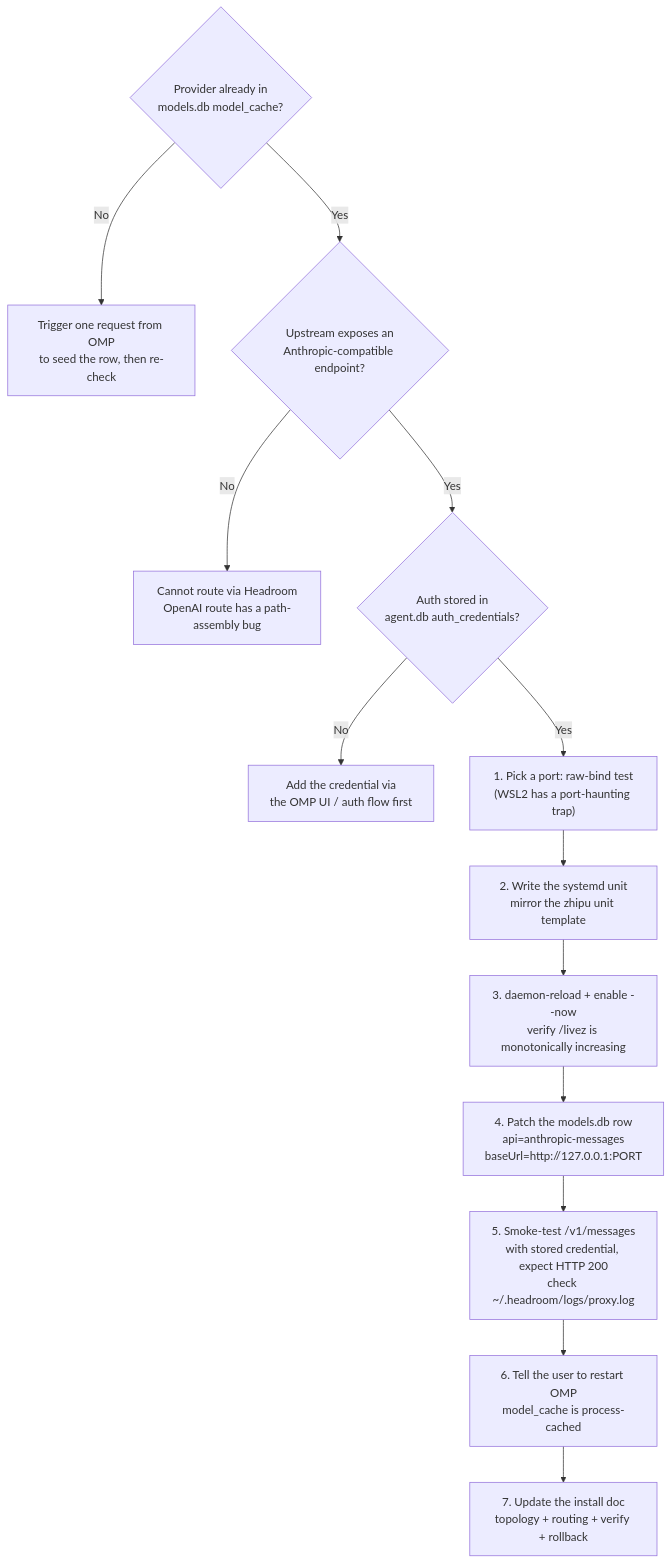
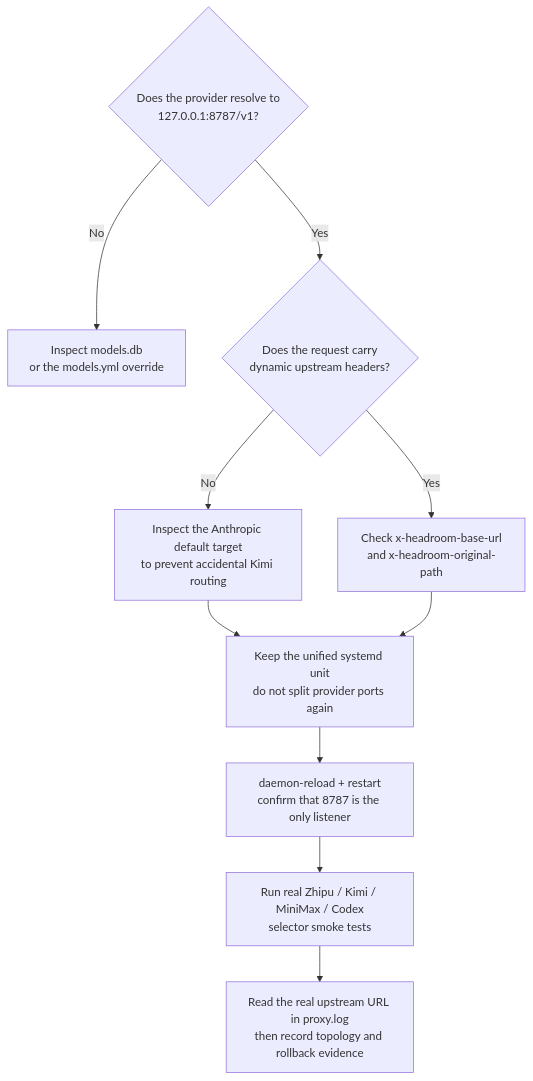
One commit to DavidHLP/DavidHLP.github.io changed the third of 6 diagrams in src/content/note/en/omp-config-and-rules-guide.md. Above: the diagram before and after it, drawn with Mermaid. The commit also changed other lines of this file and 11 other files, not shown here.

First line of the commit message:
docs(note): expand OMP and Headroom guides

````diff
--- a/src/content/note/en/omp-config-and-rules-guide.md
+++ b/src/content/note/en/omp-config-and-rules-guide.md
@@ -294,16 +297,13 @@
 ```mermaid
 flowchart TD
-  Q1{"Provider already in<br/>models.db model_cache?"}
-  Q1 -- No --> T1["Trigger one request from OMP<br/>to seed the row, then re-check"]
-  Q1 -- Yes --> Q2{"Upstream exposes an<br/>Anthropic-compatible endpoint?"}
-  Q2 -- No --> STOP["Cannot route via Headroom<br/>OpenAI route has a path-assembly bug"]
-  Q2 -- Yes --> Q3{"Auth stored in<br/>agent.db auth_credentials?"}
-  Q3 -- No --> SEED["Add the credential via<br/>the OMP UI / auth flow first"]
-  Q3 -- Yes --> P1["1. Pick a port: raw-bind test<br/>(WSL2 has a port-haunting trap)"]
-  P1 --> P2["2. Write the systemd unit<br/>mirror the zhipu unit template"]
-  P2 --> P3["3. daemon-reload + enable --now<br/>verify /livez is monotonically increasing"]
-  P3 --> P4["4. Patch the models.db row<br/>api=anthropic-messages<br/>baseUrl=http://127.0.0.1:PORT"]
-  P4 --> P5["5. Smoke-test /v1/messages<br/>with stored credential, expect HTTP 200<br/>check ~/.headroom/logs/proxy.log"]
-  P5 --> P6["6. Tell the user to restart OMP<br/>model_cache is process-cached"]
-  P6 --> P7["7. Update the install doc<br/>topology + routing + verify + rollback"]
+  Q1{"Does the provider resolve to<br/>127.0.0.1:8787/v1?"}
+  Q1 -- No --> T1["Inspect models.db<br/>or the models.yml override"]
+  Q1 -- Yes --> Q2{"Does the request carry<br/>dynamic upstream headers?"}
+  Q2 -- No --> D1["Inspect the Anthropic default target<br/>to prevent accidental Kimi routing"]
+  Q2 -- Yes --> P1["Check x-headroom-base-url<br/>and x-headroom-original-path"]
+  D1 --> P2["Keep the unified systemd unit<br/>do not split provider ports again"]
+  P1 --> P2
+  P2 --> P3["daemon-reload + restart<br/>confirm that 8787 is the only listener"]
+  P3 --> P4["Run real Zhipu / Kimi / MiniMax / Codex<br/>selector smoke tests"]
+  P4 --> P5["Read the real upstream URL in proxy.log<br/>then record topology and rollback evidence"]
 ```
````
